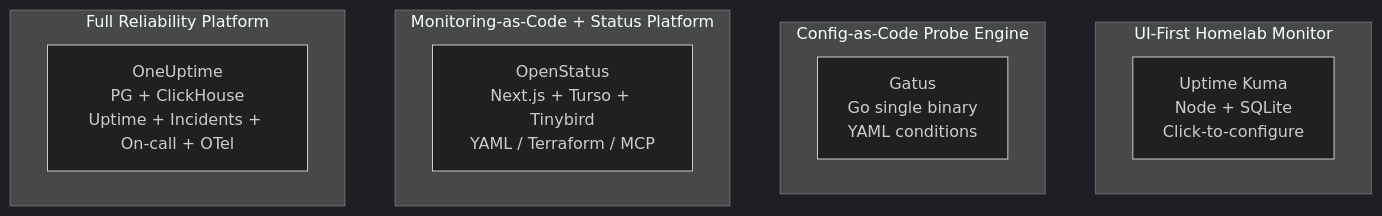
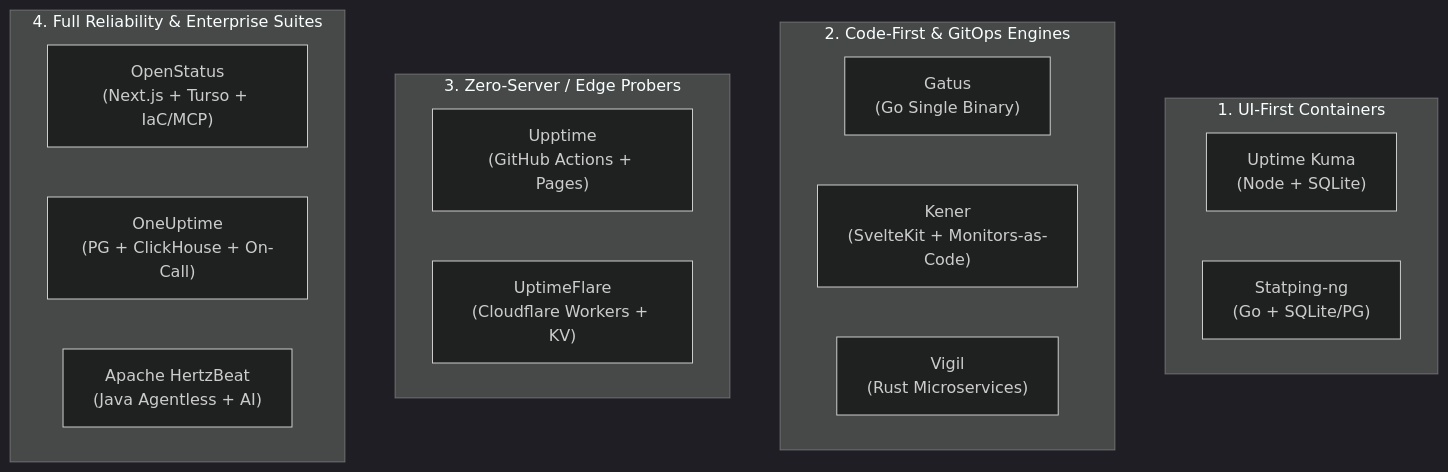
One commit to sagarnikam123/sagarnikam123.github.io changed the diagram in _drafts/open-source-uptime-monitoring-tools-compared.md. Above: the diagram before and after it, drawn with Mermaid (dark theme). The commit also changed other lines of this file, not shown here.

````diff
--- a/_drafts/open-source-uptime-monitoring-tools-compared.md
+++ b/_drafts/open-source-uptime-monitoring-tools-compared.md
@@ -86,22 +125,24 @@
 ```mermaid
-flowchart TB
-    subgraph "UI-First Homelab Monitor"
-        direction LR
-        UK["Uptime Kuma<br/>Node + SQLite<br/>Click-to-configure"]
+flowchart TD
+    subgraph S1["1. UI-First Containers"]
+        UK["Uptime Kuma<br/>(Node + SQLite)"]
+        SP["Statping-ng<br/>(Go + SQLite/PG)"]
     end
 
-    subgraph "Config-as-Code Probe Engine"
-        direction LR
-        GA["Gatus<br/>Go single binary<br/>YAML conditions"]
+    subgraph S2["2. Code-First & GitOps Engines"]
+        GA["Gatus<br/>(Go Single Binary)"]
+        KN["Kener<br/>(SvelteKit + Monitors-as-Code)"]
+        VG["Vigil<br/>(Rust Microservices)"]
     end
 
-    subgraph "Monitoring-as-Code + Status Platform"
-        direction LR
-        OS["OpenStatus<br/>Next.js + Turso + Tinybird<br/>YAML / Terraform / MCP"]
+    subgraph S3["3. Zero-Server / Edge Probers"]
+        UP["Upptime<br/>(GitHub Actions + Pages)"]
+        UF["UptimeFlare<br/>(Cloudflare Workers + KV)"]
     end
 
-    subgraph "Full Reliability Platform"
-        direction LR
-        OU["OneUptime<br/>PG + ClickHouse<br/>Uptime + Incidents + On-call + OTel"]
+    subgraph S4["4. Full Reliability & Enterprise Suites"]
+        OS["OpenStatus<br/>(Next.js + Turso + IaC/MCP)"]
+        OU["OneUptime<br/>(PG + ClickHouse + On-Call)"]
+        HB["Apache HertzBeat<br/>(Java Agentless + AI)"]
     end
 ```
````
